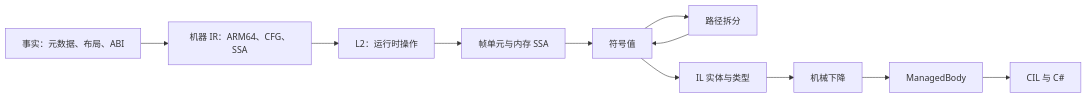
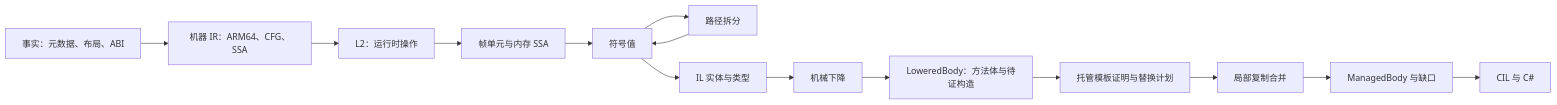
Before and after one commit to MetaMikuAI/Cpp2CS: the diagram in docs/架构.md, drawn with Mermaid. The commit also changed other lines of this file and 35 other files, not shown here.

````diff
--- a/docs/架构.md
+++ b/docs/架构.md
@@ -17,13 +17,16 @@
 ```mermaid
 flowchart LR
     Facts[事实：元数据、布局、ABI] --> Machine[机器 IR：ARM64、CFG、SSA]
     Machine --> L2[L2：运行时操作]
     L2 --> Memory[帧单元与内存 SSA]
     Memory --> Values[符号值]
     Values --> Shape[路径拆分]
     Shape --> Values
     Values --> Typing[IL 实体与类型]
     Typing --> Lowering[机械下降]
-    Lowering --> Managed[ManagedBody]
+    Lowering --> Pending[LoweredBody：方法体与待证构造]
+    Pending --> Templates[托管模板证明与替换计划]
+    Templates --> Locals[局部复制合并]
+    Locals --> Managed[ManagedBody 与缺口]
     Managed --> Output[CIL 与 C#]
 ```
````
